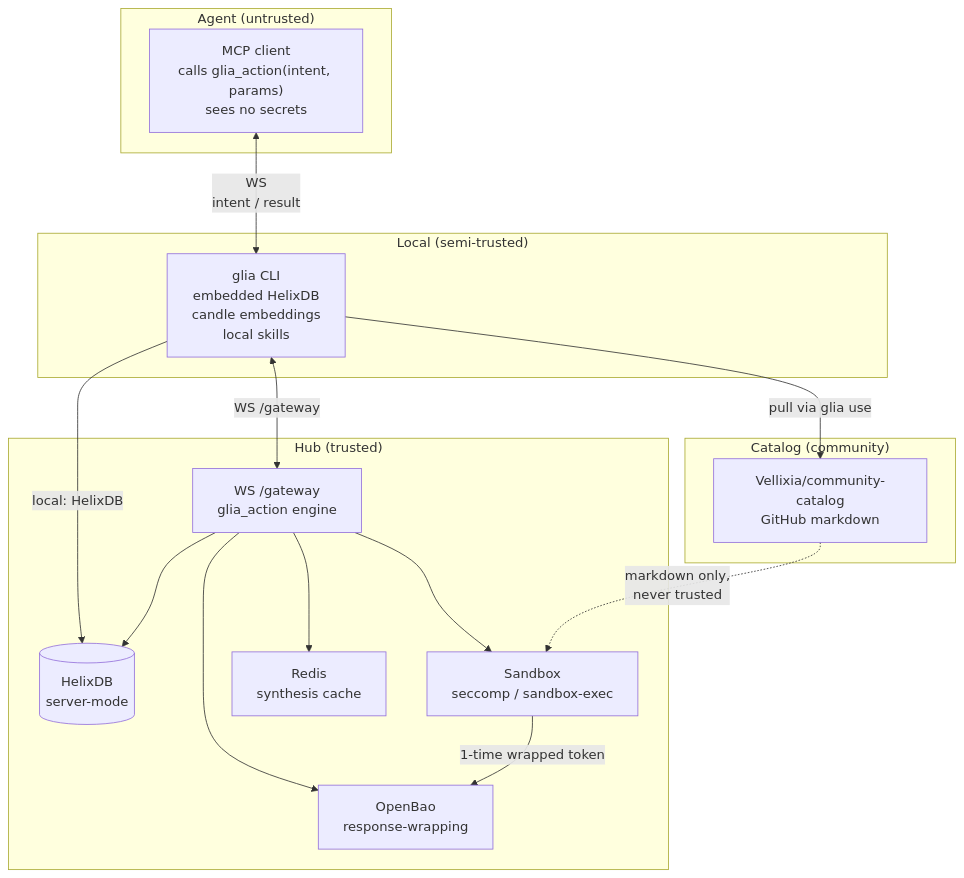
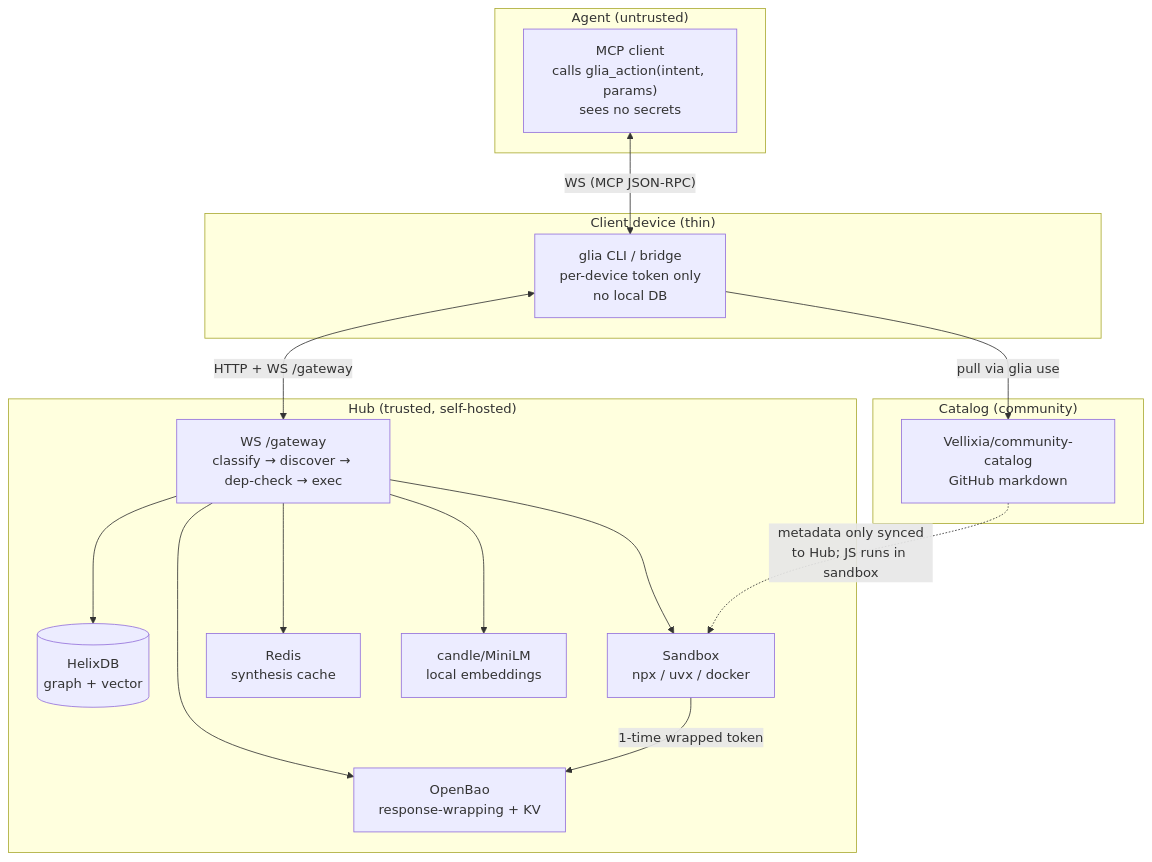
The first of 3 diagrams in docs/architecture.md (Vellixia/Glia), drawn with Mermaid before and after one commit. The commit also changed other lines of this file and 13 other files, not shown here.

````diff
--- a/docs/architecture.md
+++ b/docs/architecture.md
@@ -8,33 +9,34 @@
 ```mermaid
 flowchart TB
     subgraph Agent["Agent (untrusted)"]
         MCP["MCP client<br/>calls glia_action(intent, params)<br/>sees no secrets"]
     end
 
-    subgraph Local["Local (semi-trusted)"]
-        CLI["glia CLI<br/>embedded HelixDB<br/>candle embeddings<br/>local skills"]
+    subgraph Client["Client device (thin)"]
+        CLI["glia CLI / bridge<br/>per-device token only<br/>no local DB"]
     end
 
-    subgraph Hub["Hub (trusted)"]
-        GATE["WS /gateway<br/>glia_action engine"]
-        SDB[("HelixDB<br/>server-mode")]
-        BAO["OpenBao<br/>response-wrapping"]
-        SAND["Sandbox<br/>seccomp / sandbox-exec"]
+    subgraph Hub["Hub (trusted, self-hosted)"]
+        GATE["WS /gateway<br/>classify → discover → dep-check → exec"]
+        SDB[("HelixDB<br/>graph + vector")]
+        BAO["OpenBao<br/>response-wrapping + KV"]
+        SAND["Sandbox<br/>npx / uvx / docker"]
         CACHE["Redis<br/>synthesis cache"]
+        EMB["candle/MiniLM<br/>local embeddings"]
     end
 
     subgraph Catalog["Catalog (community)"]
         CC["Vellixia/community-catalog<br/>GitHub markdown"]
     end
 
-    MCP <-->|"WS<br/>intent / result"| CLI
-    CLI -->|"local: HelixDB"| SDB
-    CLI <-->|"WS /gateway"| GATE
+    MCP <-->|"WS (MCP JSON-RPC)"| CLI
+    CLI <-->|"HTTP + WS /gateway"| GATE
     GATE --> SDB
     GATE --> BAO
     GATE --> SAND
     GATE --> CACHE
+    GATE --> EMB
     SAND -->|"1-time wrapped token"| BAO
     CLI -->|"pull via glia use"| CC
-    CC -.->|"markdown only,<br/>never trusted"| SAND
+    CC -.->|"metadata only synced<br/>to Hub; JS runs in sandbox"| SAND
 ```
````
